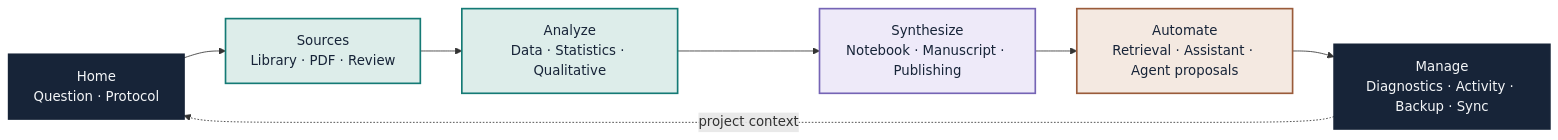
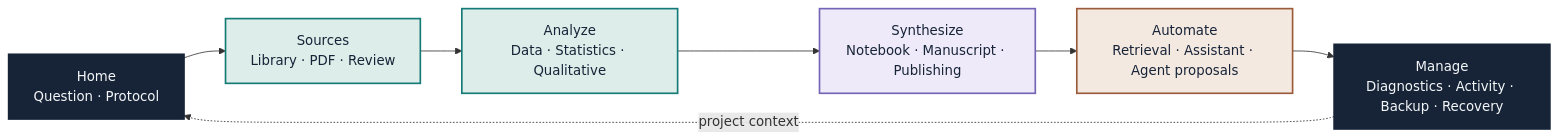
One commit to aradmanamnaoon/researchweave changed the first of 2 diagrams in README.md. Above: the diagram before and after it, drawn with Mermaid. The commit also changed other lines of this file and 49 other files, not shown here.

````diff
--- a/README.md
+++ b/README.md
@@ -227,18 +225,18 @@
 ```mermaid
 flowchart LR
     H[Home<br/>Question · Protocol] --> S[Sources<br/>Library · PDF · Review]
     S --> A[Analyze<br/>Data · Statistics · Qualitative]
     A --> Y[Synthesize<br/>Notebook · Manuscript · Publishing]
     Y --> T[Automate<br/>Retrieval · Assistant · Agent proposals]
-    T --> M[Manage<br/>Diagnostics · Activity · Backup · Sync]
+    T --> M[Manage<br/>Diagnostics · Activity · Backup · Recovery]
     M -. project context .-> H
 
     classDef ink fill:#172438,color:#F4F6F8,stroke:#172438,stroke-width:2px;
     classDef teal fill:#DDEDEA,color:#172438,stroke:#147A75,stroke-width:2px;
     classDef violet fill:#EEEAF9,color:#172438,stroke:#7564B5,stroke-width:2px;
     classDef copper fill:#F4E9E1,color:#172438,stroke:#9A5B3A,stroke-width:2px;
     class H,M ink;
     class S,A teal;
     class Y violet;
     class T copper;
 ```
````
